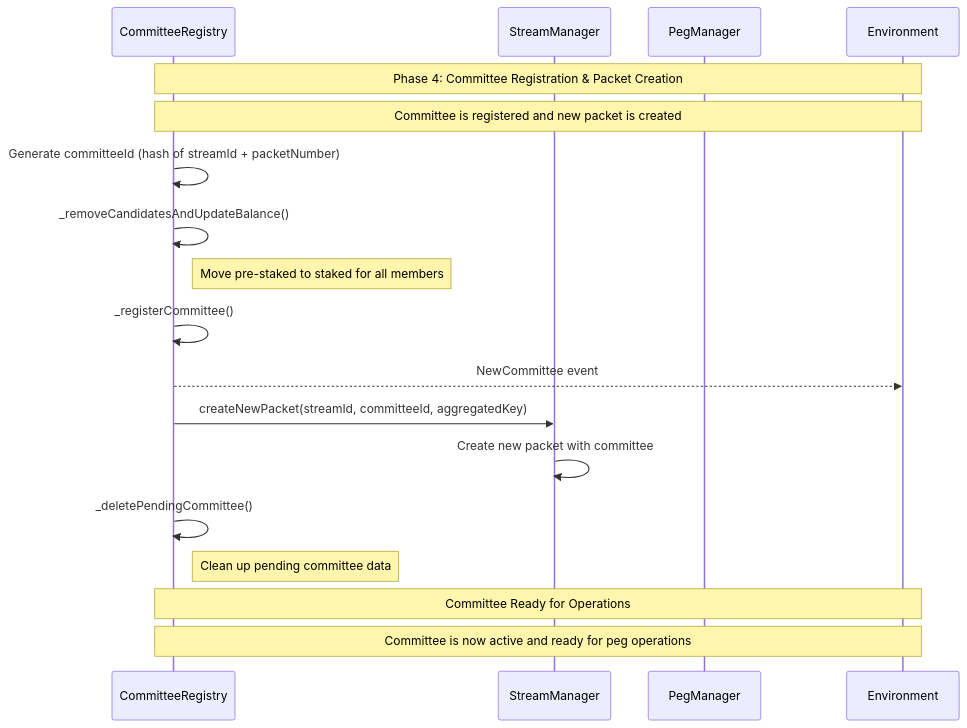
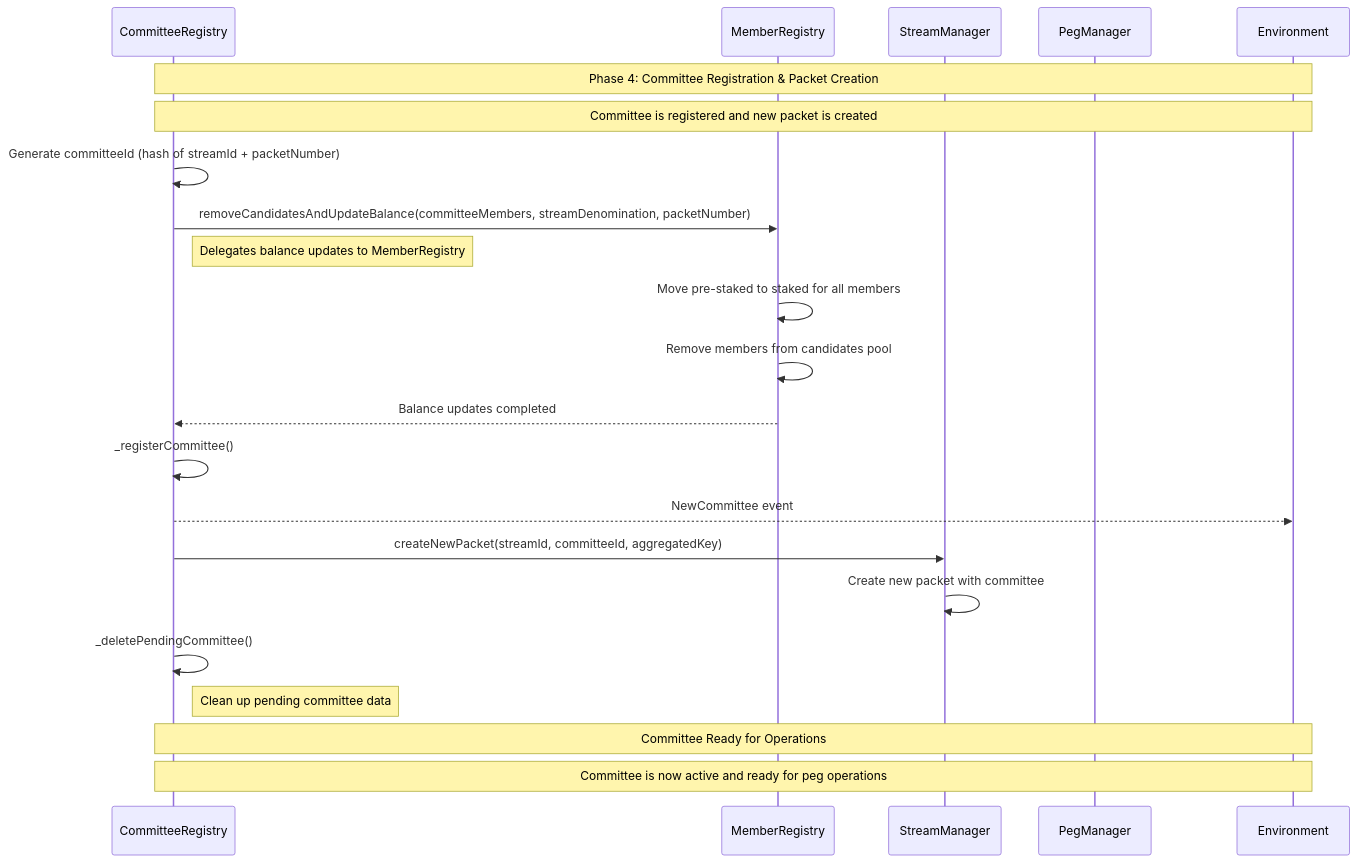
Before and after one commit to rsksmart/union-bridge-contracts: the fourth of 11 diagrams in README.md, drawn with Mermaid. The commit also changed other lines of this file, not shown here.

Commit message:
Update diagrams after CommitteRegistry split

````diff
--- a/README.md
+++ b/README.md
@@ -134,23 +143,27 @@
 ```mermaid
 sequenceDiagram
     participant CR as CommitteeRegistry
+    participant MR as MemberRegistry
     participant SM as StreamManager
     participant PM as PegManager
     participant ENV as Environment
 
     Note over CR,ENV: Phase 4: Committee Registration & Packet Creation
     Note over CR,ENV: Committee is registered and new packet is created
 
     CR->>CR: Generate committeeId (hash of streamId + packetNumber)
-    CR->>CR: _removeCandidatesAndUpdateBalance()
-    Note right of CR: Move pre-staked to staked for all members
+    CR->>MR: removeCandidatesAndUpdateBalance(committeeMembers, streamDenomination, packetNumber)
+    Note right of CR: Delegates balance updates to MemberRegistry
+    MR->>MR: Move pre-staked to staked for all members
+    MR->>MR: Remove members from candidates pool
+    MR-->>CR: Balance updates completed
     CR->>CR: _registerCommittee()
     CR-->>ENV: NewCommittee event
     CR->>SM: createNewPacket(streamId, committeeId, aggregatedKey)
     SM->>SM: Create new packet with committee
     CR->>CR: _deletePendingCommittee()
     Note right of CR: Clean up pending committee data
 
     Note over CR,ENV: Committee Ready for Operations
     Note over CR,ENV: Committee is now active and ready for peg operations
 ```
````
